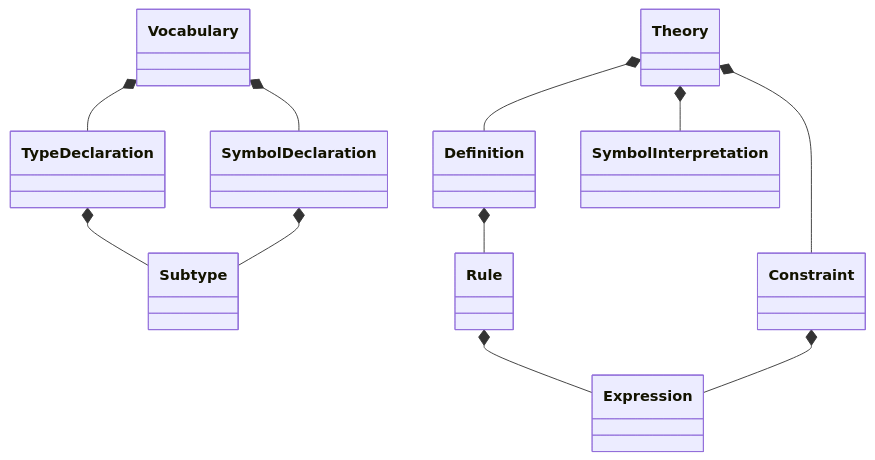
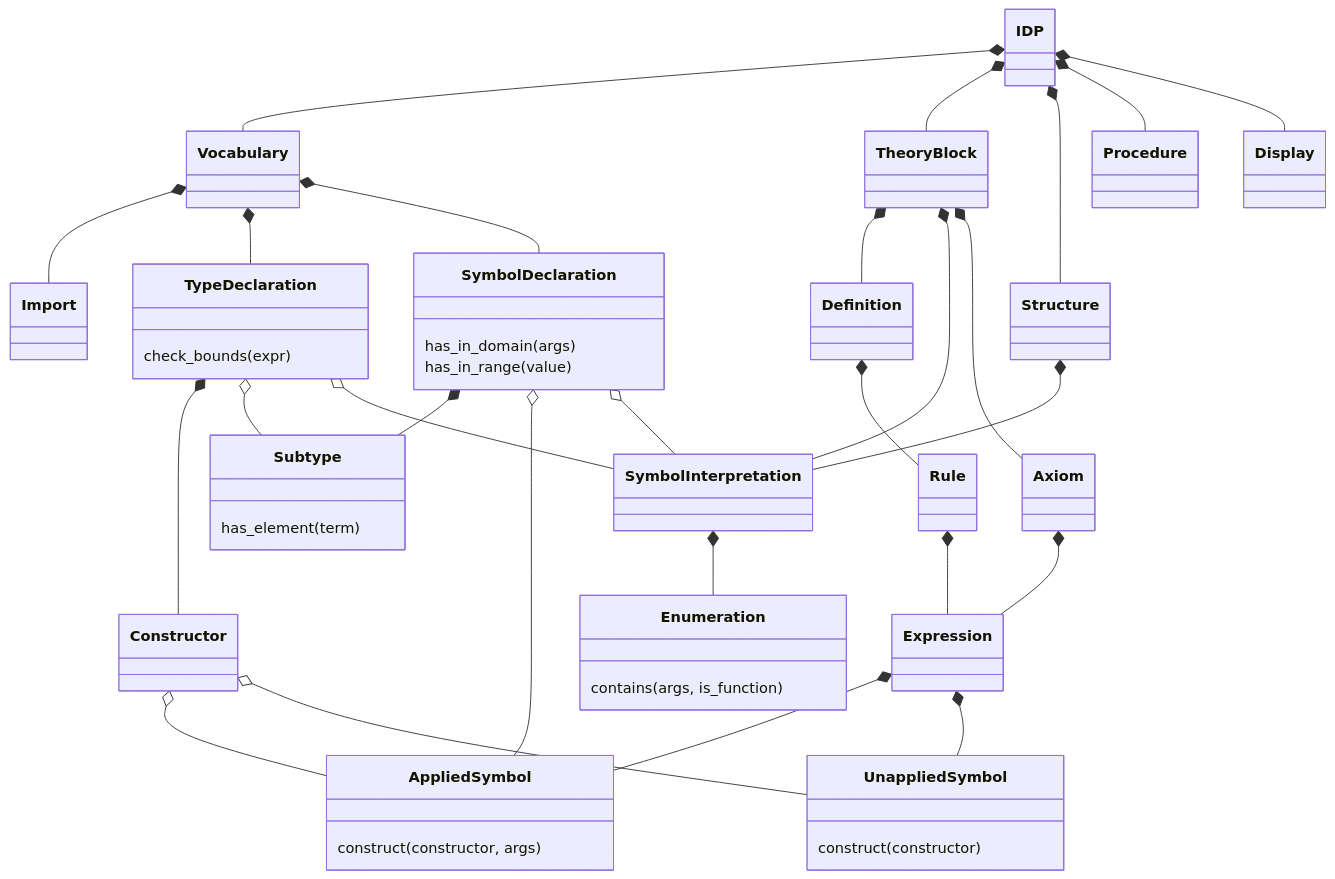
One commit to Sobhangh/IDP-Z3 changed the second of 3 diagrams in docs/Architecture.md. Above: the diagram before and after it, drawn with Mermaid. The commit also changed other lines of this file and 3 other files, not shown here.

Commit message:
docs: AST class diagram

````diff
--- a/docs/Architecture.md
+++ b/docs/Architecture.md
@@ -136,16 +181,56 @@
 ```{mermaid}
 
 classDiagram
+    IDP *-- Vocabulary
+    IDP *-- TheoryBlock
+    IDP *-- Structure
+    IDP *-- Procedure
+    IDP *-- Display
+
+    Vocabulary *-- Import
     Vocabulary *-- TypeDeclaration
     Vocabulary *-- SymbolDeclaration
-    TypeDeclaration *-- Subtype
+    TypeDeclaration *-- Constructor
     SymbolDeclaration *-- Subtype
+    TypeDeclaration o-- Subtype
 
-    Theory *-- Definition
-    Theory *-- Constraint
-    Theory *-- SymbolInterpretation
+    TheoryBlock *-- Definition
+    TheoryBlock *-- SymbolInterpretation
+    TheoryBlock *-- Axiom
+
+    Structure *-- SymbolInterpretation
+    SymbolInterpretation *-- Enumeration
 
     Definition *-- Rule
     Rule *-- Expression
-    Constraint *-- Expression
+    Axiom *-- Expression
+
+    Expression *-- AppliedSymbol
+    Expression *-- UnappliedSymbol
+
+    SymbolDeclaration o-- AppliedSymbol
+    SymbolDeclaration o-- SymbolInterpretation
+    TypeDeclaration   o-- SymbolInterpretation
+    Constructor       o-- AppliedSymbol
+    Constructor       o-- UnappliedSymbol
+
+    class TypeDeclaration {
+        check_bounds(expr)
+    }
+    class SymbolDeclaration {
+        has_in_domain(args)
+        has_in_range(value)
+    }
+    class Enumeration {
+        contains(args, is_function)
+    }
+    class Subtype {
+        has_element(term)
+    }
+    class AppliedSymbol {
+        construct(constructor, args)
+    }
+    class UnappliedSymbol {
+        construct(constructor)
+    }
 ```
````
